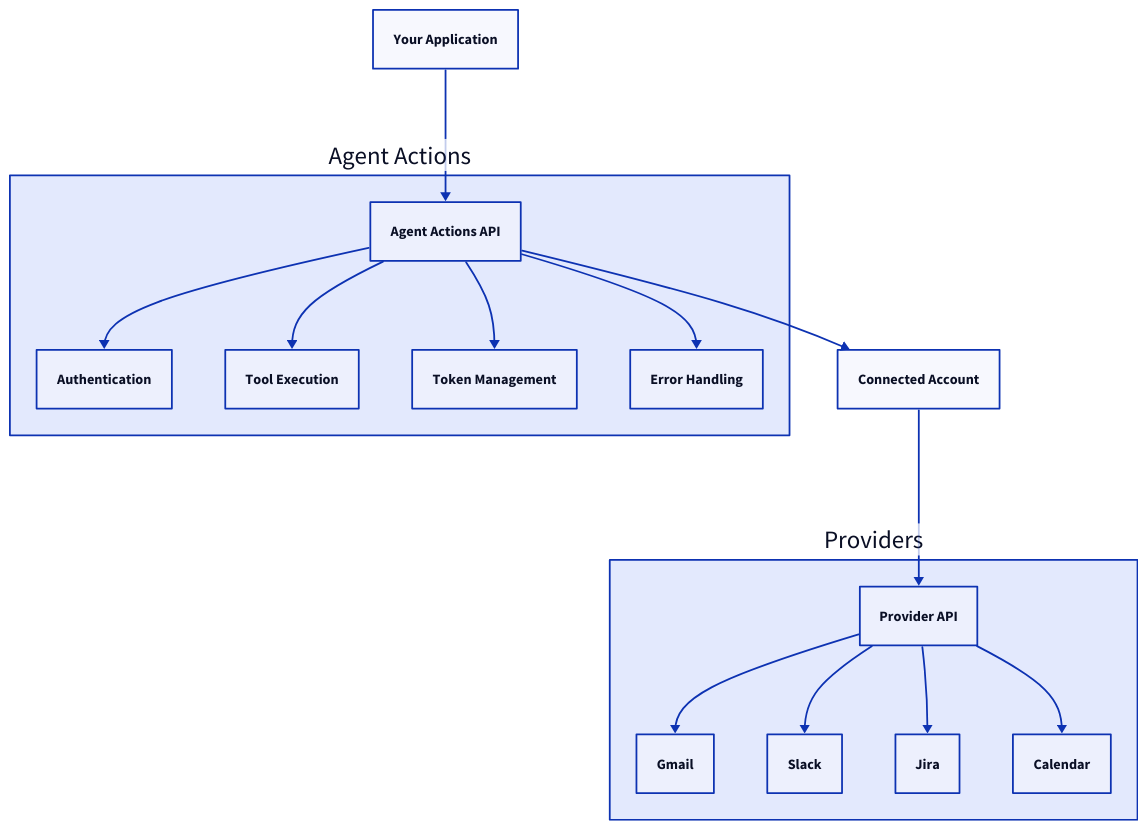
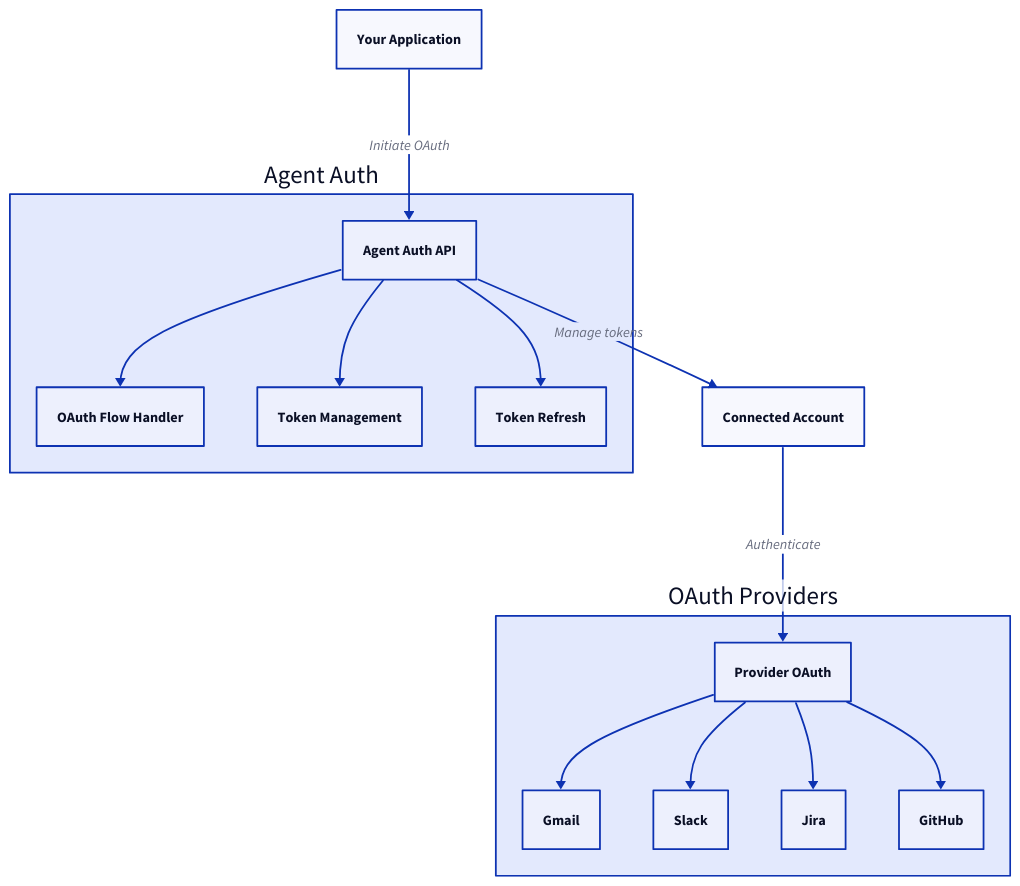
One commit to scalekit-inc/developer-docs changed the diagram in src/content/docs/agent-actions/overview.mdx. Above: the diagram before and after it, drawn with D2. The commit also changed other lines of this file and 3 other files, not shown here.

Commit message:
updated a few agent-auth items;

````diff
--- a/src/content/docs/agent-actions/overview.mdx
+++ b/src/content/docs/agent-actions/overview.mdx
@@ -59,36 +48,34 @@
 ```d2
 direction: down
 
 A: "Your Application"
 C: "Connected Account"
 
-AgentConnect: {
-  label: "Agent Actions"
-  B: "Agent Actions API"
-  E: "Authentication"
-  F: "Tool Execution"
+AgentAuth: {
+  label: "Agent Auth"
+  B: "Agent Auth API"
+  E: "OAuth Flow Handler"
   G: "Token Management"
-  H: "Error Handling"
+  H: "Token Refresh"
   B -> E
-  B -> F
   B -> G
   B -> H
 }
 
 Providers: {
-  label: "Providers"
-  D: "Provider API"
+  label: "OAuth Providers"
+  D: "Provider OAuth"
   I: "Gmail"
   J: "Slack"
   K: "Jira"
-  L: "Calendar"
+  L: "GitHub"
   D -> I
   D -> J
   D -> K
   D -> L
 }
 
-A -> AgentConnect.B
-AgentConnect.B -> C
-C -> Providers.D
+A -> AgentAuth.B: "Initiate OAuth"
+AgentAuth.B -> C: "Manage tokens"
+C -> Providers.D: "Authenticate"
 ```
````
